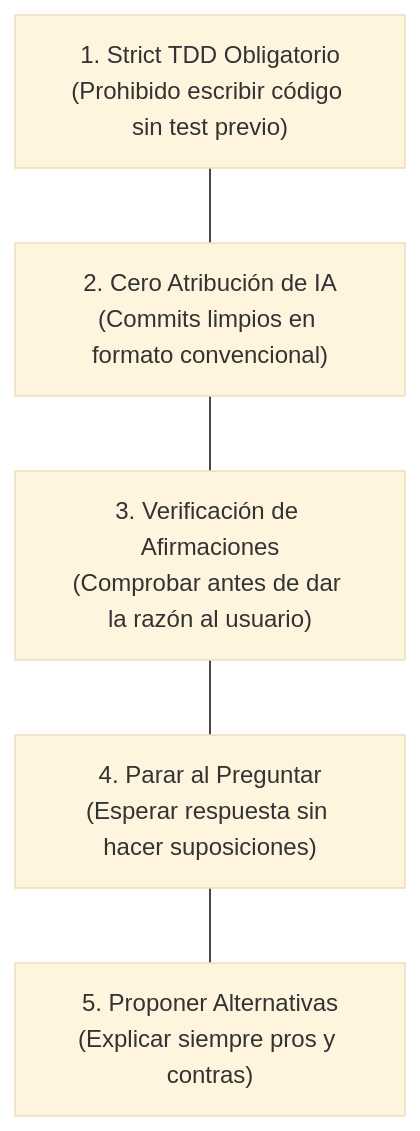
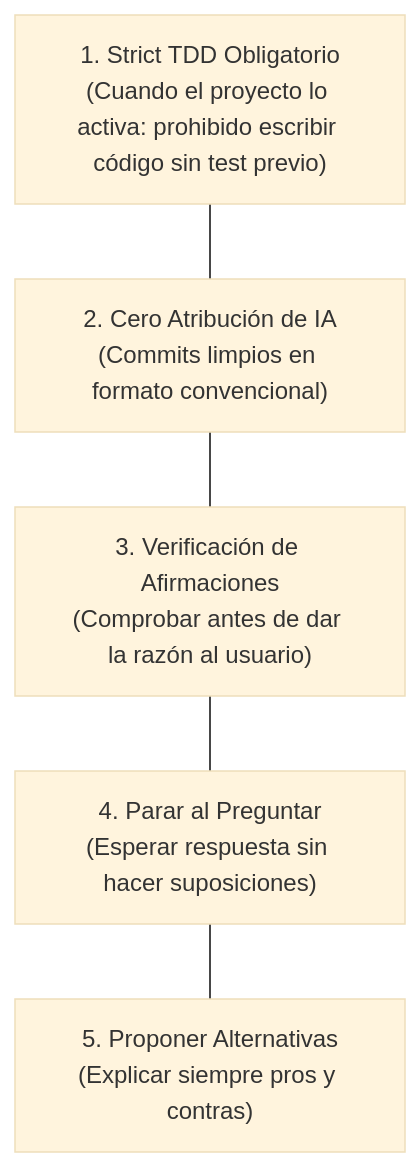
One commit to Snakeblack/ospec-workflow changed the diagram in openwiki/rules-system/agent-rules.md. Above: the diagram before and after it, drawn with Mermaid (base theme). The commit also changed other lines of this file and 27 other files, not shown here.

````diff
--- a/openwiki/rules-system/agent-rules.md
+++ b/openwiki/rules-system/agent-rules.md
@@ -9,12 +9,12 @@
 ```mermaid
 flowchart TD
     R1["1. Strict TDD Obligatorio
-(Prohibido escribir código sin test previo)"] --- R2["2. Cero Atribución de IA
+(Cuando el proyecto lo activa: prohibido escribir código sin test previo)"] --- R2["2. Cero Atribución de IA
 (Commits limpios en formato convencional)"]
     R2 --- R3["3. Verificación de Afirmaciones
 (Comprobar antes de dar la razón al usuario)"]
     R3 --- R4["4. Parar al Preguntar
 (Esperar respuesta sin hacer suposiciones)"]
     R4 --- R5["5. Proponer Alternativas
 (Explicar siempre pros y contras)"]
 ```
````
